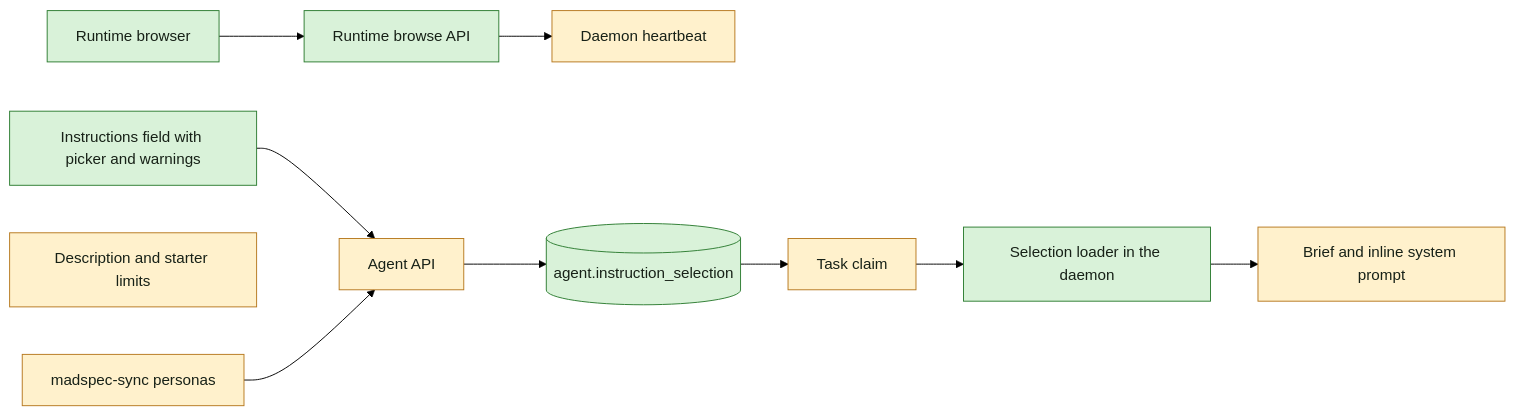
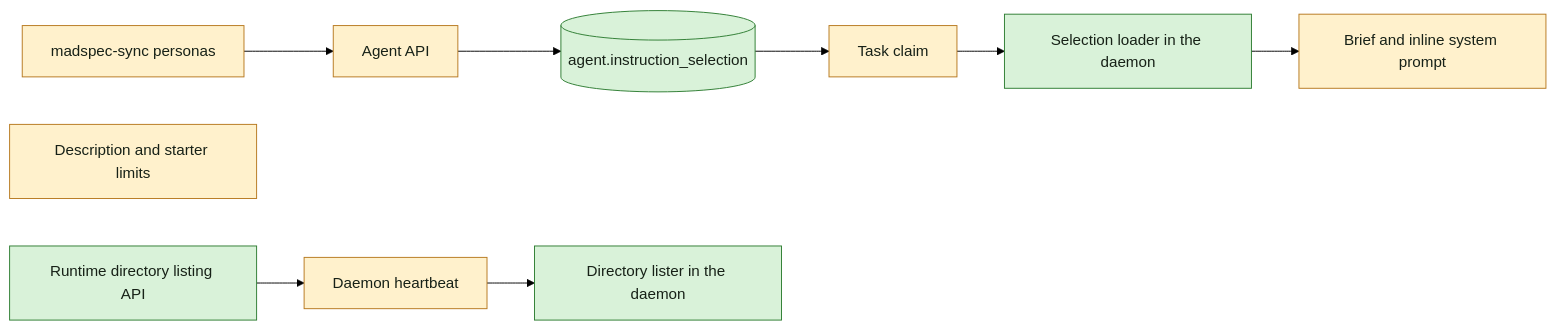
The second of 2 diagrams in specs/openspec/changes/agent-instruction-selection/proposal.md (appboypov/multica), drawn with Mermaid (forest theme) before and after one commit. The commit also changed other lines of this file and 10 other files, not shown here.

Commit message:
docs(specs): plan agent-instruction-selection for the backend

````diff
--- a/specs/openspec/changes/agent-instruction-selection/proposal.md
+++ b/specs/openspec/changes/agent-instruction-selection/proposal.md
@@ -27,14 +24,13 @@
 ```mermaid
 flowchart LR
   classDef new fill:#d9f2d9,stroke:#2e7d32,color:#172117
   classDef changed fill:#fff1cc,stroke:#b7791f,color:#172117
-  Field[Instructions field with picker and warnings]:::new --> API[Agent API]:::changed
-  Browser[Runtime browser]:::new --> BrowseAPI[Runtime browse API]:::new
-  BrowseAPI --> Heartbeat[Daemon heartbeat]:::changed
-  API --> Agent[(agent.instruction_selection)]:::new
+  API[Agent API]:::changed --> Agent[(agent.instruction_selection)]:::new
+  ListAPI[Runtime directory listing API]:::new --> Heartbeat[Daemon heartbeat]:::changed
+  Heartbeat --> Lister[Directory lister in the daemon]:::new
   Agent --> Claim[Task claim]:::changed
   Claim --> Loader[Selection loader in the daemon]:::new
   Loader --> Brief[Brief and inline system prompt]:::changed
   Limits[Description and starter limits]:::changed
   Sync[madspec-sync personas]:::changed --> API
 ```
````
